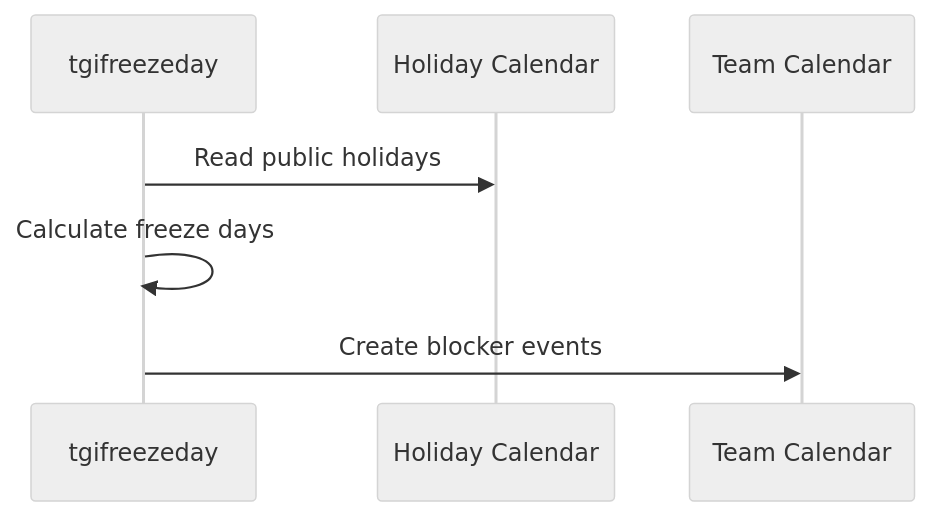
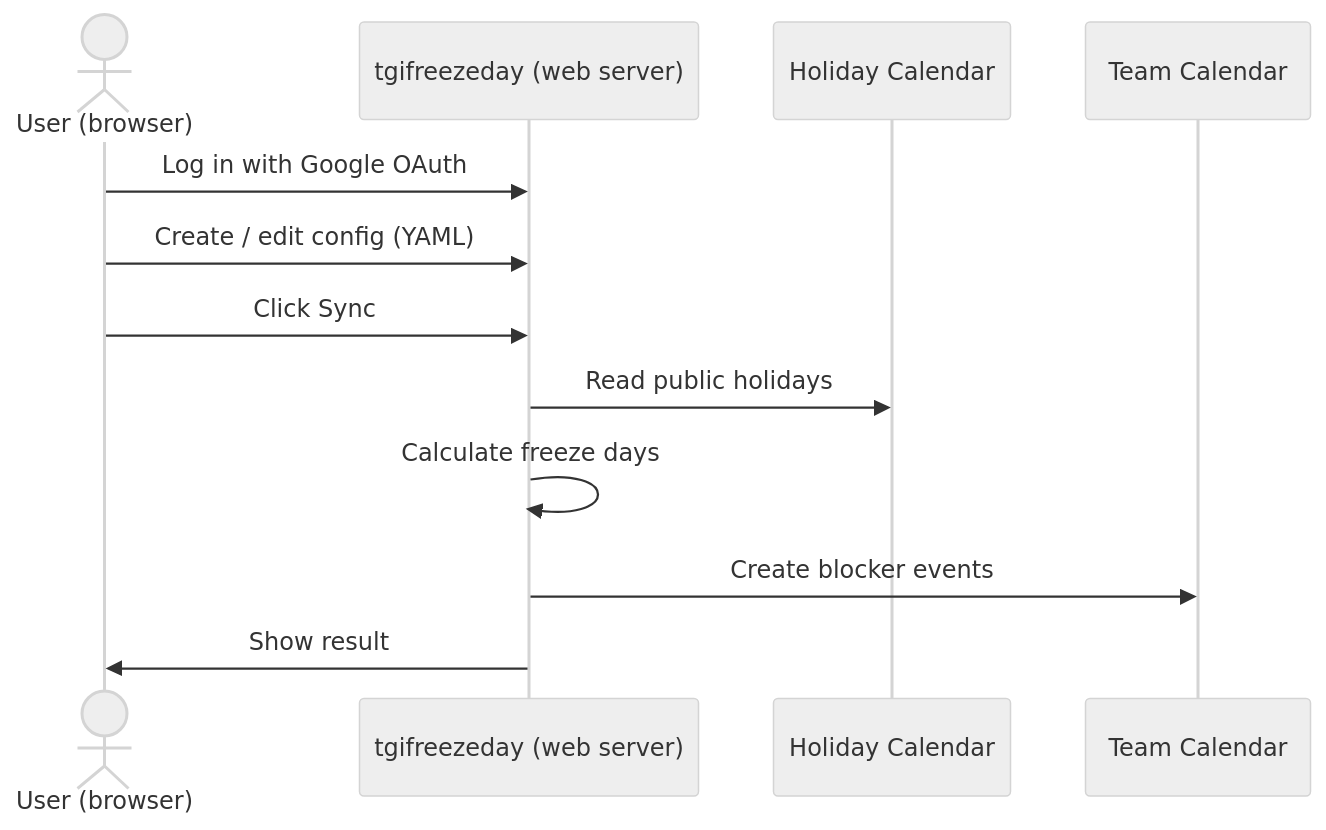
The diagram in README.md (nvatuan/tgifreezeday), drawn with Mermaid (neutral theme) before and after one commit. The commit also changed other lines of this file and 5 other files, not shown here.

````diff
--- a/README.md
+++ b/README.md
@@ -19,10 +16,15 @@
 ```mermaid
 sequenceDiagram
-    participant App as tgifreezeday
+    actor User as User (browser)
+    participant App as tgifreezeday (web server)
     participant Source as Holiday Calendar
     participant Target as Team Calendar
 
+    User->>App: Log in with Google OAuth
+    User->>App: Create / edit config (YAML)
+    User->>App: Click Sync
     App->>Source: Read public holidays
     App->>App: Calculate freeze days
     App->>Target: Create blocker events
+    App->>User: Show result
 ```
````
